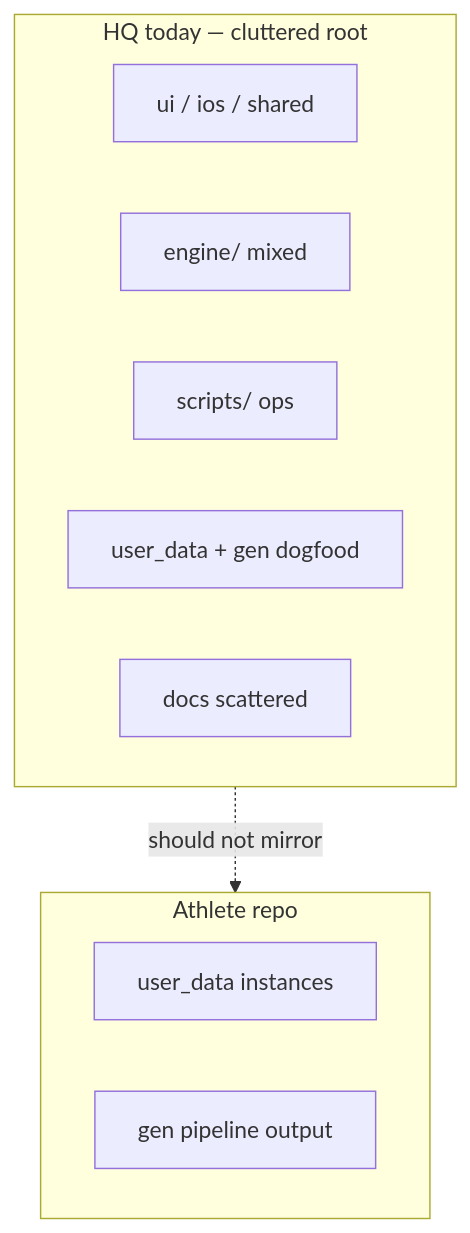
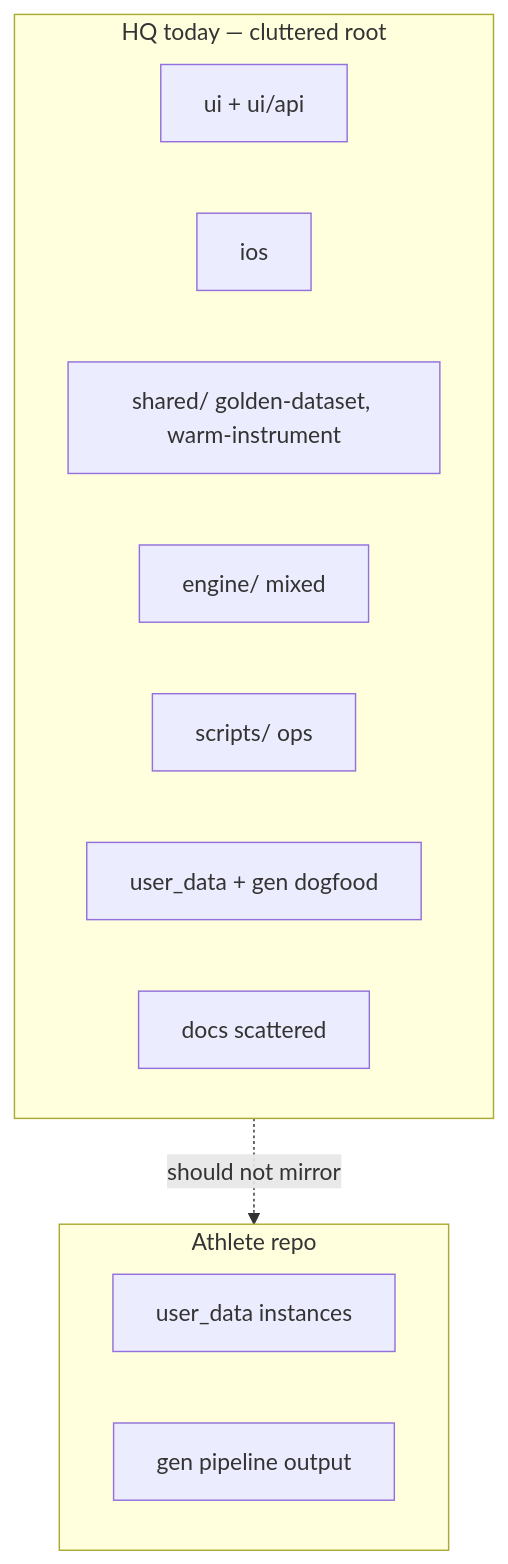
The first of 3 diagrams in docs/hq-restructure-plan.md (sibling-shipyard/coach-hq), drawn with Mermaid before and after one commit. The commit also changed other lines of this file and 1 other file, not shown here.

````diff
--- a/docs/hq-restructure-plan.md
+++ b/docs/hq-restructure-plan.md
@@ -28,15 +33,17 @@
 ```mermaid
 flowchart TB
   subgraph hq_today["HQ today — cluttered root"]
-    ui["ui / ios / shared"]
+    ui["ui + ui/api"]
+    ios["ios"]
+    shared["shared/ golden-dataset, warm-instrument"]
     eng["engine/ mixed"]
     scr["scripts/ ops"]
     ud["user_data + gen dogfood"]
     docs["docs scattered"]
   end
   subgraph athlete["Athlete repo"]
     ud2["user_data instances"]
     gen2["gen pipeline output"]
   end
   hq_today -.->|should not mirror| athlete
 ```
````
